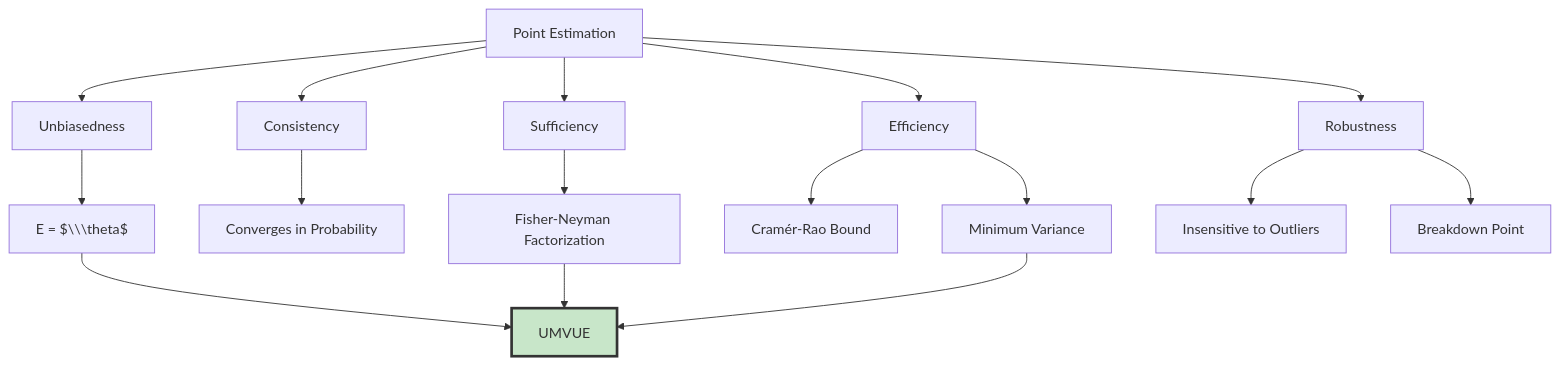
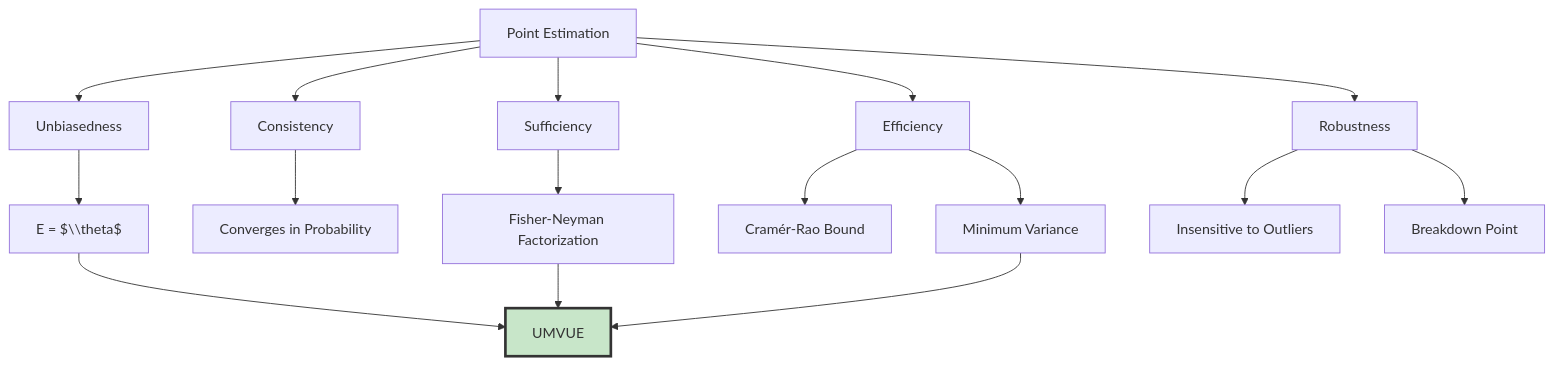
One commit to Balasubramanian-pg/MSC.-Data-Science-AI changed diagram 12 of 13 in Trimester 1/Statistical Modelling & Inferencing/W02 - Introduction to Statistical Inference/L1/Art of Sampling.md. Above: the diagram before and after it, drawn with Mermaid. The commit also changed other lines of this file, not shown here.

````diff
--- a/Trimester 1/Statistical Modelling & Inferencing/W02 - Introduction to Statistical Inference/L1/Art of Sampling.md
+++ b/Trimester 1/Statistical Modelling & Inferencing/W02 - Introduction to Statistical Inference/L1/Art of Sampling.md
@@ -1326,19 +1383,19 @@
 ```mermaid
 graph TD
     A[Point Estimation] --> B[Unbiasedness]
     A --> C[Consistency]
     A --> D[Efficiency]
     A --> E[Sufficiency]
     A --> F[Robustness]
-    B --> B1[E = $\\\theta$]
+    B --> B1[E = $\\theta$]
     C --> C1[Converges in Probability]
     D --> D1[Minimum Variance]
     D --> D2[Cramér-Rao Bound]
     E --> E1[Fisher-Neyman Factorization]
     F --> F1[Insensitive to Outliers]
     F --> F2[Breakdown Point]
     B1 --> G[UMVUE]
     E1 --> G
     D1 --> G
     style G fill:#c8e6c9,stroke:#333,stroke-width:3px
 ```
````
